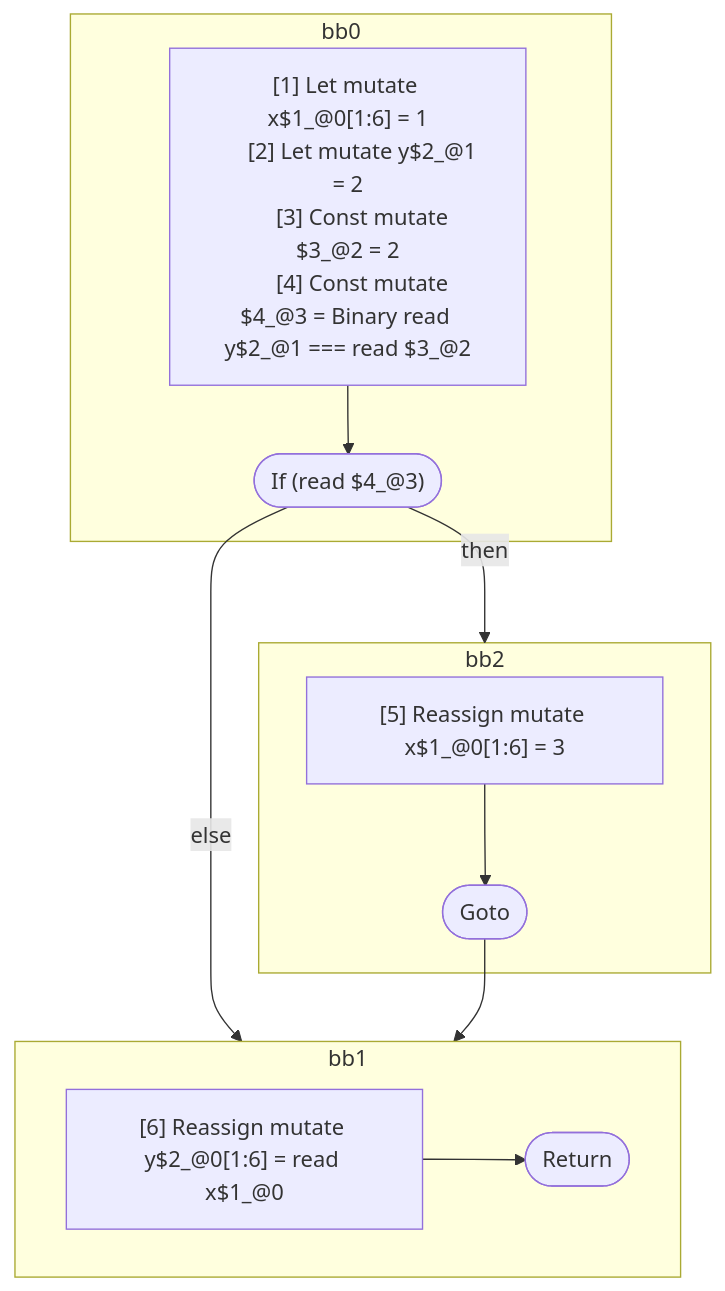
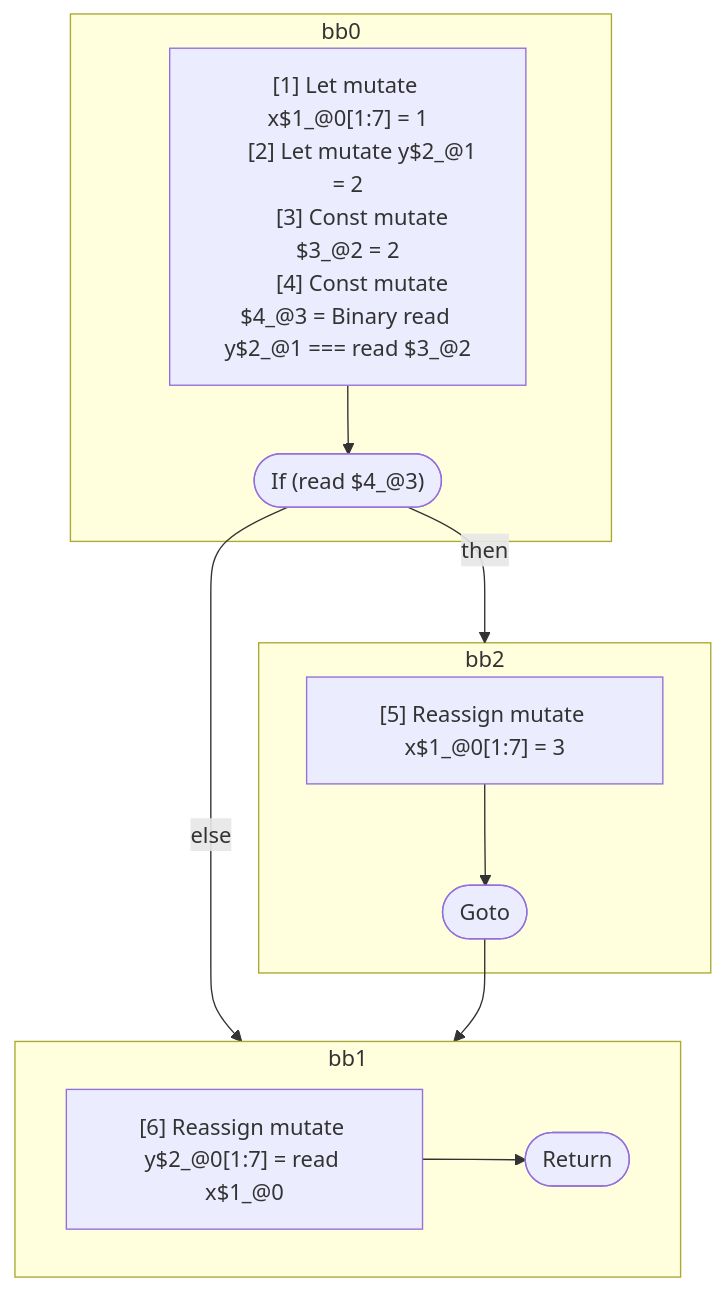
Before and after one commit to wutsmog/private: the diagram in compiler/forget/src/__tests__/fixtures/hir/ssa-complex-single-if.expect.md, drawn with Mermaid. The commit also changed other lines of this file and 45 other files, not shown here.

````diff
--- a/compiler/forget/src/__tests__/fixtures/hir/ssa-complex-single-if.expect.md
+++ b/compiler/forget/src/__tests__/fixtures/hir/ssa-complex-single-if.expect.md
@@ -38,31 +38,31 @@
 ```mermaid
 flowchart TB
   %% Basic Blocks
   subgraph bb0
     bb0_instrs["
-      [1] Let mutate x$1_@0[1:6] = 1
+      [1] Let mutate x$1_@0[1:7] = 1
       [2] Let mutate y$2_@1 = 2
       [3] Const mutate $3_@2 = 2
       [4] Const mutate $4_@3 = Binary read y$2_@1 === read $3_@2
     "]
     bb0_instrs --> bb0_terminal(["If (read $4_@3)"])
   end
   subgraph bb2
     bb2_instrs["
-      [5] Reassign mutate x$1_@0[1:6] = 3
+      [5] Reassign mutate x$1_@0[1:7] = 3
     "]
     bb2_instrs --> bb2_terminal(["Goto"])
   end
   subgraph bb1
     bb1_instrs["
-      [6] Reassign mutate y$2_@0[1:6] = read x$1_@0
+      [6] Reassign mutate y$2_@0[1:7] = read x$1_@0
     "]
     bb1_instrs --> bb1_terminal(["Return"])
   end
 
   %% Jumps
   bb0_terminal -- "then" --> bb2
   bb0_terminal -- "else" --> bb1
   bb2_terminal --> bb1
 
 ```
````
